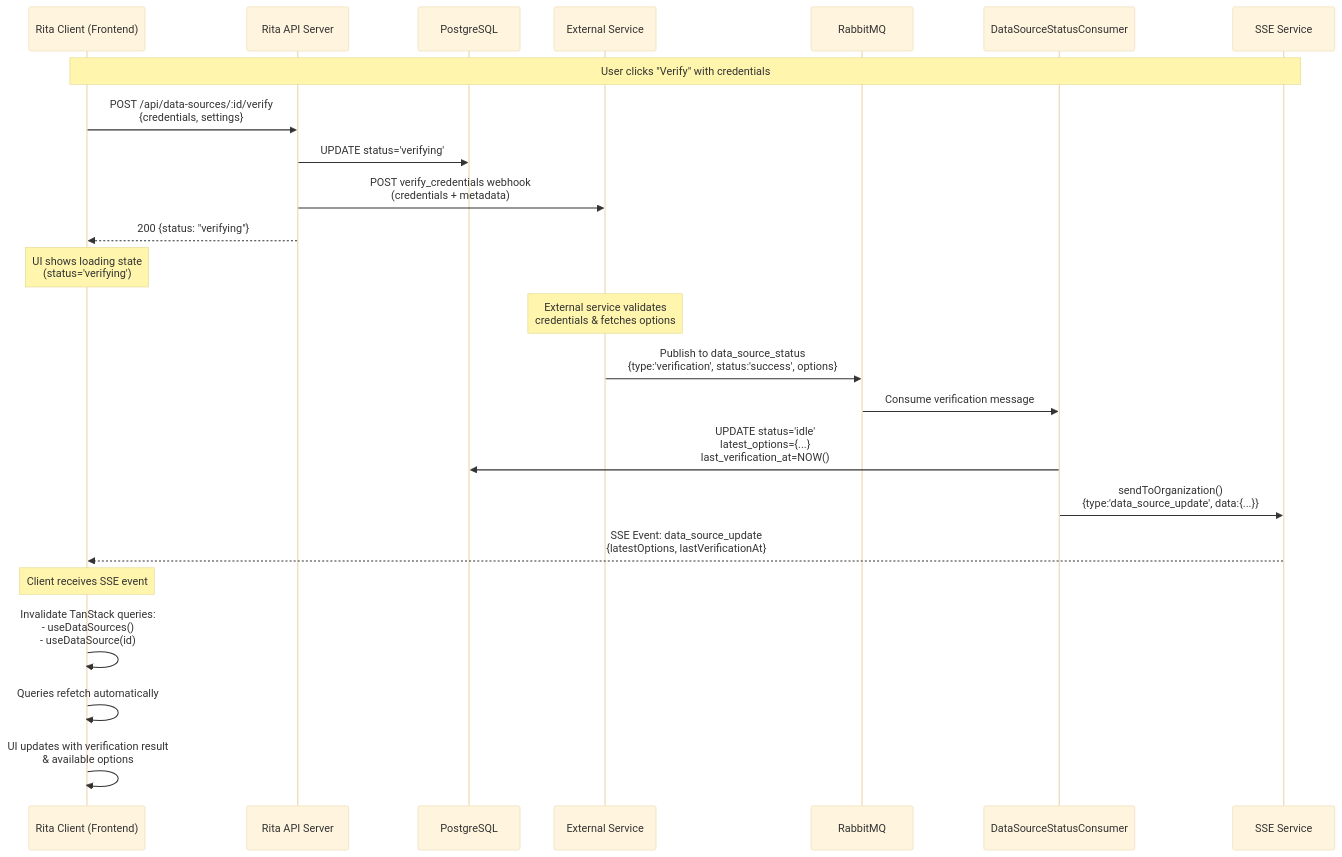
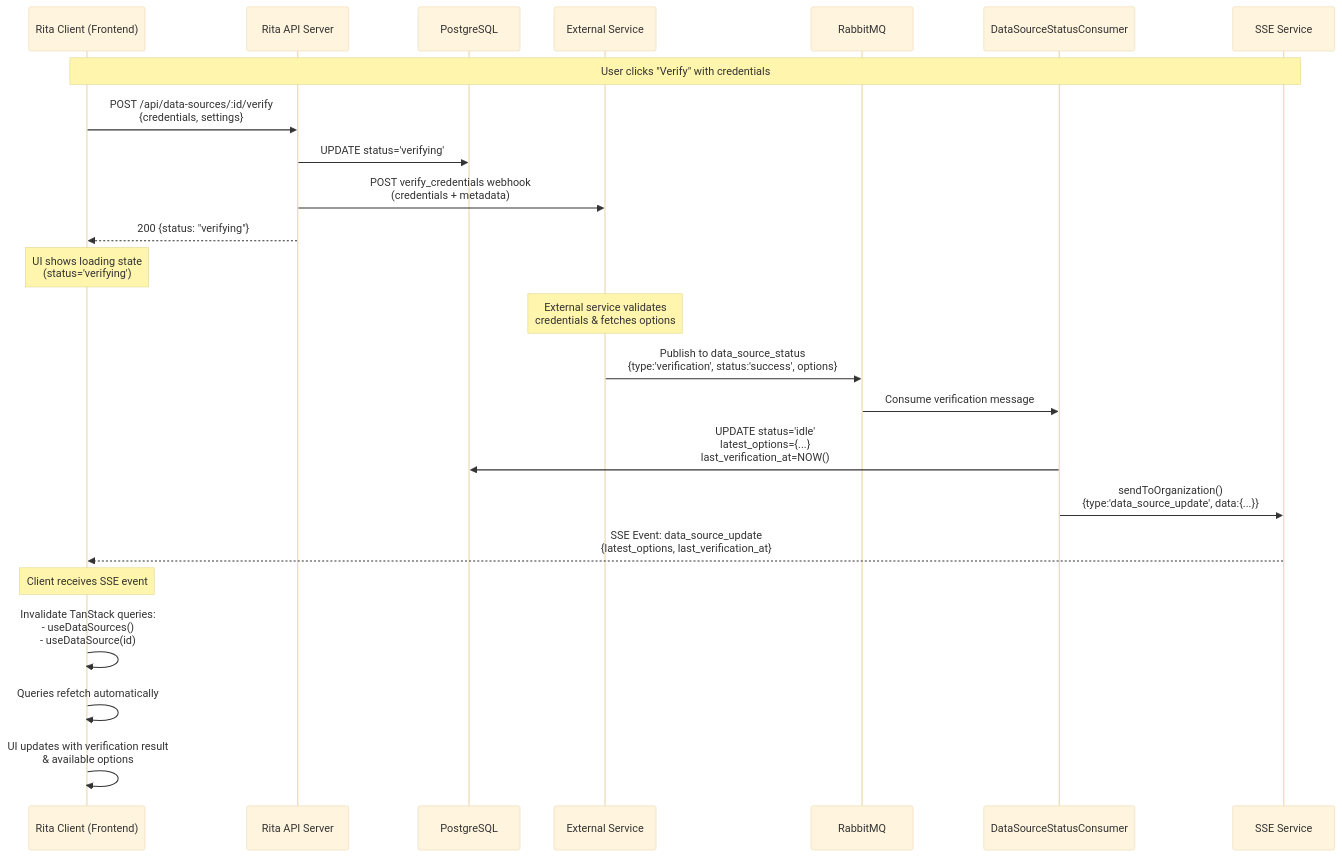
Before and after one commit to ewilhelmy-resolve/resolve-prototypes: the first of 3 diagrams in docs/DATA_SOURCE_CONNECTIONS.md, drawn with Mermaid (base theme). The commit also changed other lines of this file and 18 other files, not shown here.

First line of the commit message:
feat: added new document and data source api changes for connections

````diff
--- a/docs/DATA_SOURCE_CONNECTIONS.md
+++ b/docs/DATA_SOURCE_CONNECTIONS.md
@@ -369,34 +369,34 @@
 ```mermaid
 sequenceDiagram
     participant Client as Rita Client (Frontend)
     participant API as Rita API Server
     participant DB as PostgreSQL
     participant Webhook as External Service
     participant Queue as RabbitMQ
     participant Consumer as DataSourceStatusConsumer
     participant SSE as SSE Service
 
     Note over Client,SSE: User clicks "Verify" with credentials
 
     Client->>API: POST /api/data-sources/:id/verify<br/>{credentials, settings}
     API->>DB: UPDATE status='verifying'
     API->>Webhook: POST verify_credentials webhook<br/>(credentials + metadata)
     API-->>Client: 200 {status: "verifying"}
 
     Note over Client: UI shows loading state<br/>(status='verifying')
 
     Note over Webhook: External service validates<br/>credentials & fetches options
 
     Webhook->>Queue: Publish to data_source_status<br/>{type:'verification', status:'success', options}
 
     Queue->>Consumer: Consume verification message
     Consumer->>DB: UPDATE status='idle'<br/>latest_options={...}<br/>last_verification_at=NOW()
     Consumer->>SSE: sendToOrganization()<br/>{type:'data_source_update', data:{...}}
 
-    SSE-->>Client: SSE Event: data_source_update<br/>{latestOptions, lastVerificationAt}
+    SSE-->>Client: SSE Event: data_source_update<br/>{latest_options, last_verification_at}
 
     Note over Client: Client receives SSE event
     Client->>Client: Invalidate TanStack queries:<br/>- useDataSources()<br/>- useDataSource(id)
     Client->>Client: Queries refetch automatically
     Client->>Client: UI updates with verification result<br/>& available options
 ```
````
